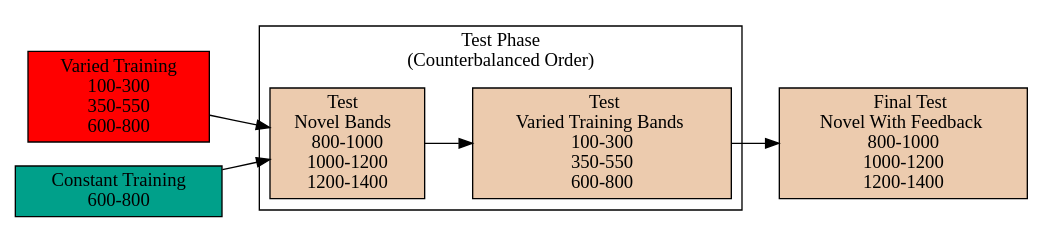
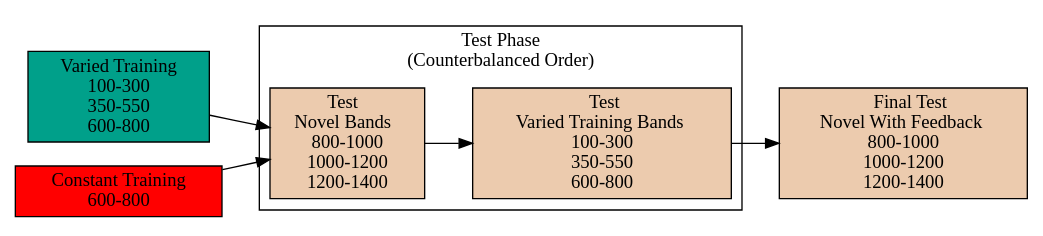
Before and after one commit to tegorman13/Dissertation: the second of 2 diagrams in Sections/HTW.qmd, drawn with Graphviz. The commit also changed other lines of this file and 5 other files, not shown here.

Commit message:
fix mermaid colors

````diff
--- a/Sections/HTW.qmd
+++ b/Sections/HTW.qmd
@@ -523,26 +523,26 @@
 ```{dot}
 //| label: fig-design-e2
 //| fig-cap: "Experiment 2 Design. Constant and Varied participants complete different training conditions. The training and testing bands are the reverse of Experiment 1. "
 //| fig-width: 7.0
 //| fig-height: 2.2
 //| fig-responsive: false
 //| echo: false 
 //| 
 /////| column: screen-inset-right
 digraph {
   graph [layout = dot, rankdir = LR]
   node [shape = rectangle, style = filled]
-  data1 [label = " Varied Training \n100-300\n350-550\n600-800", fillcolor = "#FF0000"]
-  data2 [label = " Constant Training \n600-800", fillcolor = "#00A08A"]
+  data1 [label = " Varied Training \n100-300\n350-550\n600-800", fillcolor = "#00A08A"]
+  data2 [label = " Constant Training \n600-800", fillcolor = "#FF0000"]
   Test3 [label = "    Final Test \n  Novel With Feedback  \n800-1000\n1000-1200\n1200-1400", fillcolor = "#ECCBAE"]
   data1 -> Test1
   data2 -> Test1
   subgraph cluster {
     label = "Test Phase \n(Counterbalanced Order)"
     Test1 [label = "Test  \nNovel Bands  \n800-1000\n1000-1200\n1200-1400", fillcolor = "#ECCBAE"]
     Test2 [label = "  Test \n  Varied Training Bands  \n100-300\n350-550\n600-800", fillcolor = "#ECCBAE"]
     Test1 -> Test2
   }
   Test2 -> Test3
 }
 ```
````
